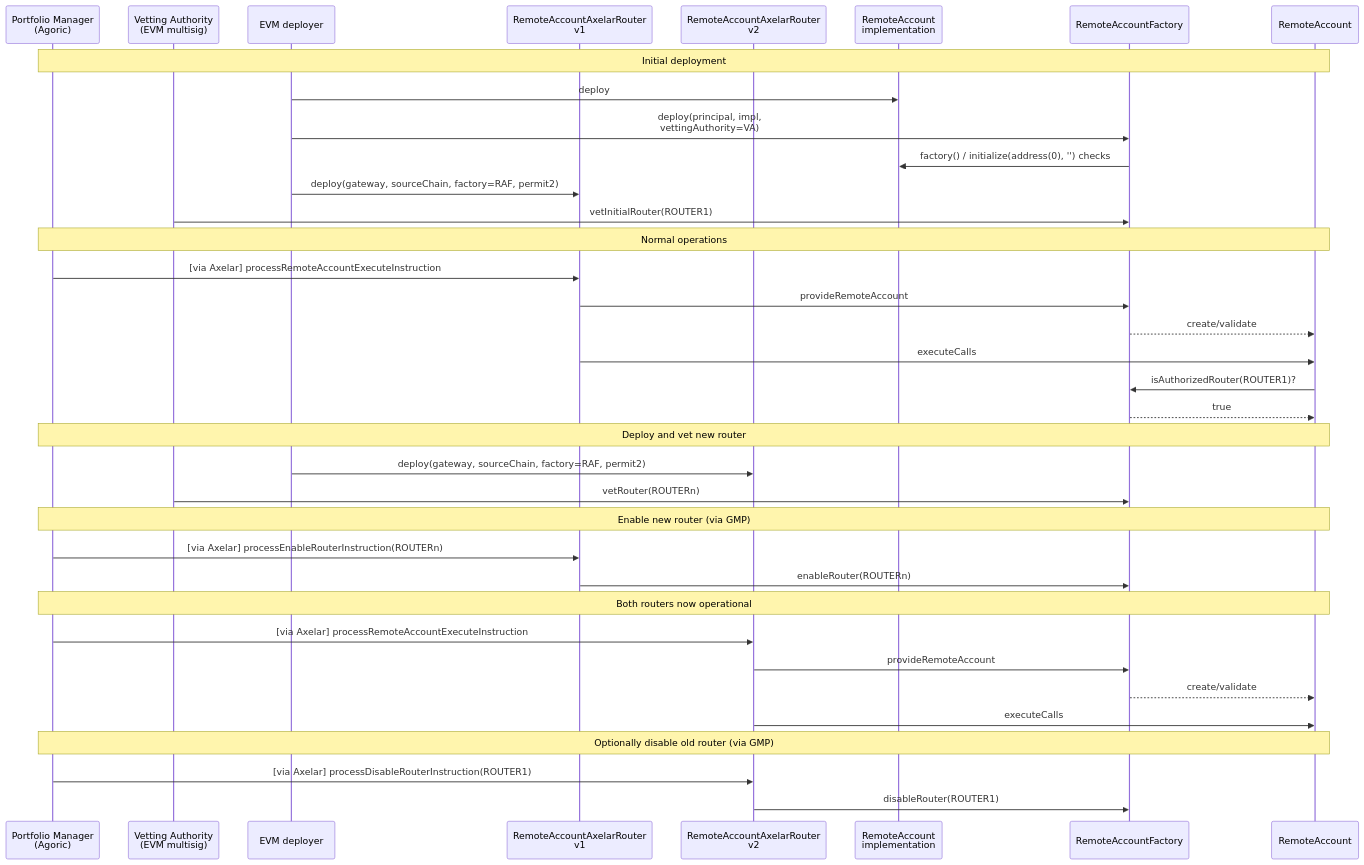
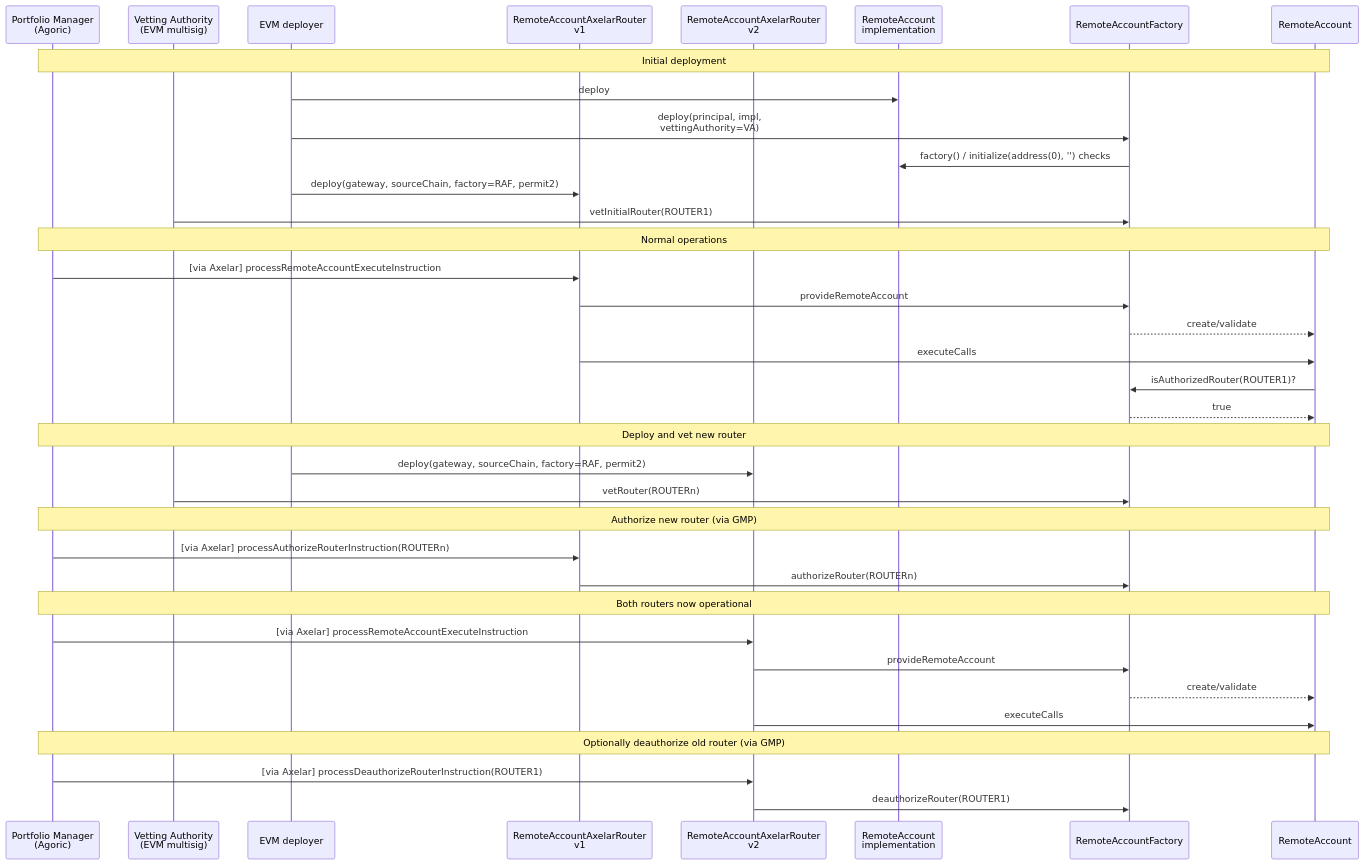
Before and after one commit to agoric-labs/agoric-to-axelar-local: the tenth of 10 diagrams in packages/axelar-local-dev-cosmos/src/contracts/design.md, drawn with Mermaid. The commit also changed other lines of this file and 10 other files, not shown here.

Commit message:
chore: enable/disable/revoke -> authorize/deauthorize/unvet

````diff
--- a/packages/axelar-local-dev-cosmos/src/contracts/design.md
+++ b/packages/axelar-local-dev-cosmos/src/contracts/design.md
@@ -688,44 +688,44 @@
 ```mermaid
 sequenceDiagram
     participant PM as Portfolio Manager<br>(Agoric)
     participant VA as Vetting Authority<br>(EVM multisig)
     participant EVM_DEPLOYER as EVM deployer
     participant ROUTER1 as RemoteAccountAxelarRouter<br>v1
     participant ROUTERn as RemoteAccountAxelarRouter<br>v2
     participant IMP as RemoteAccount<br>implementation
     participant RAF as RemoteAccountFactory
     participant RA as RemoteAccount
 
     Note over PM,RA: Initial deployment
     EVM_DEPLOYER->>IMP: deploy
     EVM_DEPLOYER->>RAF: deploy(principal, impl,<br>vettingAuthority=VA)
     RAF->>IMP: factory() / initialize(address(0), '') checks
     EVM_DEPLOYER->>ROUTER1: deploy(gateway, sourceChain, factory=RAF, permit2)
     VA->>RAF: vetInitialRouter(ROUTER1)
 
     Note over PM,RA: Normal operations
     PM->>ROUTER1: [via Axelar] processRemoteAccountExecuteInstruction
     ROUTER1->>RAF: provideRemoteAccount
     RAF-->>RA: create/validate
     ROUTER1->>RA: executeCalls
     RA->>RAF: isAuthorizedRouter(ROUTER1)?
     RAF-->>RA: true
 
     Note over PM,RA: Deploy and vet new router
     EVM_DEPLOYER->>ROUTERn: deploy(gateway, sourceChain, factory=RAF, permit2)
     VA->>RAF: vetRouter(ROUTERn)
 
-    Note over PM,RA: Enable new router (via GMP)
-    PM->>ROUTER1: [via Axelar] processEnableRouterInstruction(ROUTERn)
-    ROUTER1->>RAF: enableRouter(ROUTERn)
+    Note over PM,RA: Authorize new router (via GMP)
+    PM->>ROUTER1: [via Axelar] processAuthorizeRouterInstruction(ROUTERn)
+    ROUTER1->>RAF: authorizeRouter(ROUTERn)
 
     Note over PM,RA: Both routers now operational
     PM->>ROUTERn: [via Axelar] processRemoteAccountExecuteInstruction
     ROUTERn->>RAF: provideRemoteAccount
     RAF-->>RA: create/validate
     ROUTERn->>RA: executeCalls
 
-    Note over PM,RA: Optionally disable old router (via GMP)
-    PM->>ROUTERn: [via Axelar] processDisableRouterInstruction(ROUTER1)
-    ROUTERn->>RAF: disableRouter(ROUTER1)
+    Note over PM,RA: Optionally deauthorize old router (via GMP)
+    PM->>ROUTERn: [via Axelar] processDeauthorizeRouterInstruction(ROUTER1)
+    ROUTERn->>RAF: deauthorizeRouter(ROUTER1)
 ```
````
